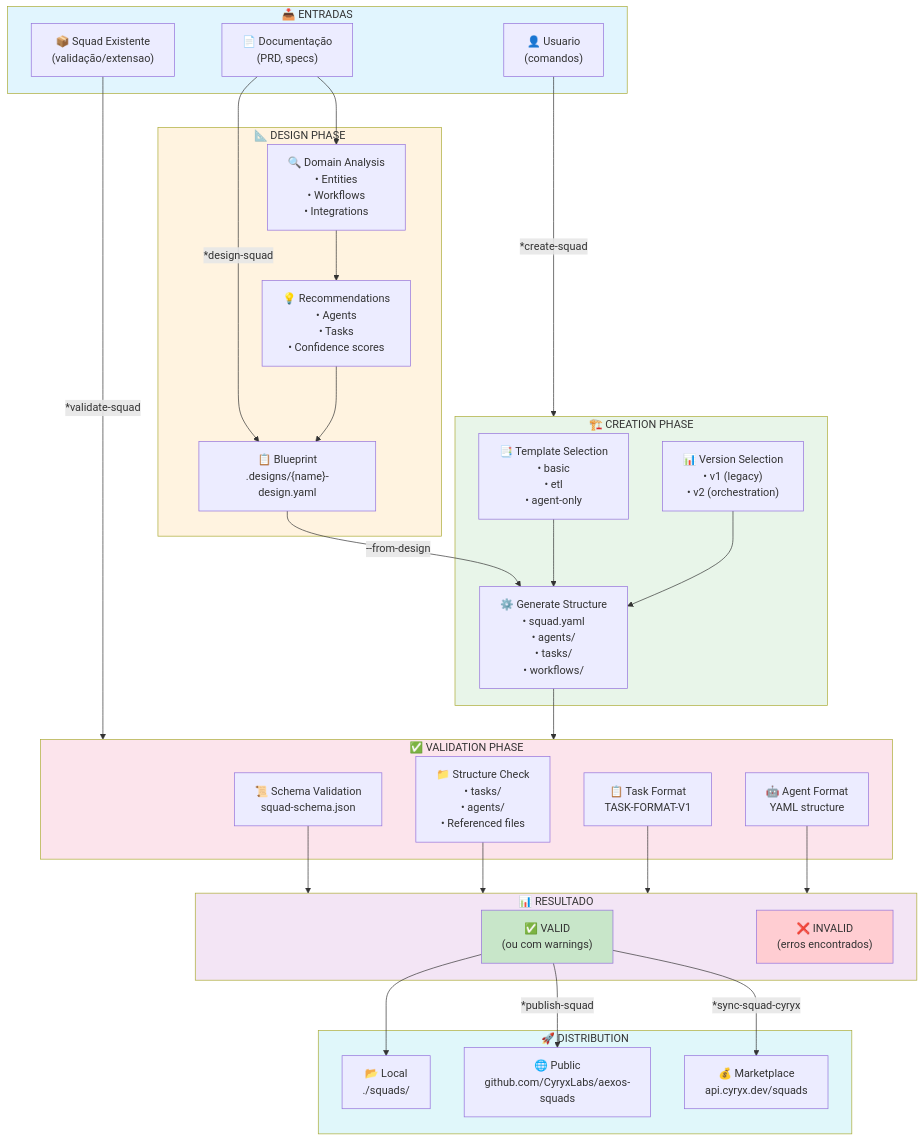
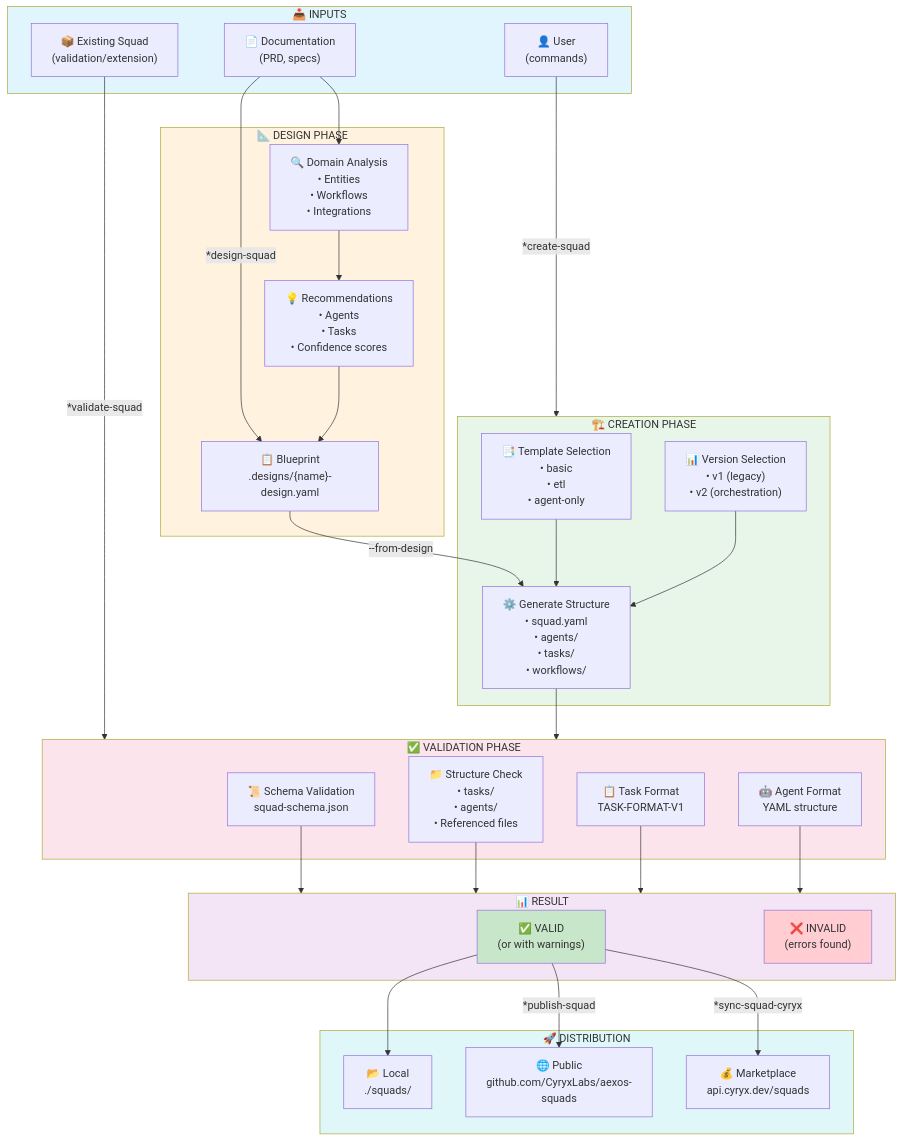
Before and after one commit to CyryxLabs/AEXOS: the first of 6 diagrams in docs/aexos-agent-flows/squad-creator-system.md, drawn with Mermaid. The commit also changed other lines of this file and 528 other files, not shown here.

````diff
--- a/docs/aexos-agent-flows/squad-creator-system.md
+++ b/docs/aexos-agent-flows/squad-creator-system.md
@@ -107,69 +107,69 @@
 ```mermaid
 flowchart TB
-    subgraph INPUTS["📥 ENTRADAS"]
-        DOCS["📄 Documentação<br/>(PRD, specs)"]
-        USER["👤 Usuario<br/>(comandos)"]
-        EXISTING["📦 Squad Existente<br/>(validação/extensao)"]
+    subgraph INPUTS["📥 INPUTS"]
+        DOCS["📄 Documentation<br/>(PRD, specs)"]
+        USER["👤 User<br/>(commands)"]
+        EXISTING["📦 Existing Squad<br/>(validation/extension)"]
     end
 
     DOCS -->|"*design-squad"| BLUEPRINT
     USER -->|"*create-squad"| CREATE
     EXISTING -->|"*validate-squad"| VALIDATE
 
     subgraph DESIGN["📐 DESIGN PHASE"]
         BLUEPRINT["📋 Blueprint<br/>.designs/{name}-design.yaml"]
         ANALYSIS["🔍 Domain Analysis<br/>• Entities<br/>• Workflows<br/>• Integrations"]
         RECOMMEND["💡 Recommendations<br/>• Agents<br/>• Tasks<br/>• Confidence scores"]
     end
 
     DOCS --> ANALYSIS
     ANALYSIS --> RECOMMEND
     RECOMMEND --> BLUEPRINT
 
     subgraph CREATE["🏗️ CREATION PHASE"]
         TEMPLATE["📑 Template Selection<br/>• basic<br/>• etl<br/>• agent-only"]
         VERSION["📊 Version Selection<br/>• v1 (legacy)<br/>• v2 (orchestration)"]
         GENERATE["⚙️ Generate Structure<br/>• squad.yaml<br/>• agents/<br/>• tasks/<br/>• workflows/"]
     end
 
     BLUEPRINT -->|"--from-design"| GENERATE
     TEMPLATE --> GENERATE
     VERSION --> GENERATE
 
     subgraph VALIDATE["✅ VALIDATION PHASE"]
         SCHEMA["📜 Schema Validation<br/>squad-schema.json"]
         STRUCTURE["📁 Structure Check<br/>• tasks/<br/>• agents/<br/>• Referenced files"]
         TASK_FMT["📋 Task Format<br/>TASK-FORMAT-V1"]
         AGENT_FMT["🤖 Agent Format<br/>YAML structure"]
     end
 
     GENERATE --> VALIDATE
     SCHEMA --> RESULT
     STRUCTURE --> RESULT
     TASK_FMT --> RESULT
     AGENT_FMT --> RESULT
 
-    subgraph RESULT["📊 RESULTADO"]
-        VALID["✅ VALID<br/>(ou com warnings)"]
-        INVALID["❌ INVALID<br/>(erros encontrados)"]
+    subgraph RESULT["📊 RESULT"]
+        VALID["✅ VALID<br/>(or with warnings)"]
+        INVALID["❌ INVALID<br/>(errors found)"]
     end
 
     subgraph DISTRIBUTE["🚀 DISTRIBUTION"]
         LOCAL["📂 Local<br/>./squads/"]
         PUBLIC["🌐 Public<br/>github.com/CyryxLabs/aexos-squads"]
         MARKET["💰 Marketplace<br/>api.cyryx.dev/squads"]
     end
 
     VALID --> LOCAL
     VALID -->|"*publish-squad"| PUBLIC
     VALID -->|"*sync-squad-cyryx"| MARKET
 
     style INPUTS fill:#e1f5fe
     style DESIGN fill:#fff3e0
     style CREATE fill:#e8f5e9
     style VALIDATE fill:#fce4ec
     style RESULT fill:#f3e5f5
     style DISTRIBUTE fill:#e0f7fa
     style VALID fill:#c8e6c9
     style INVALID fill:#ffcdd2
 ```
````
